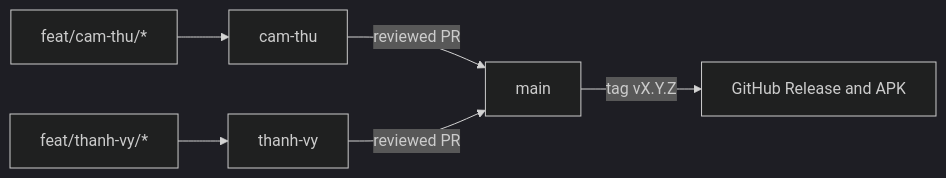
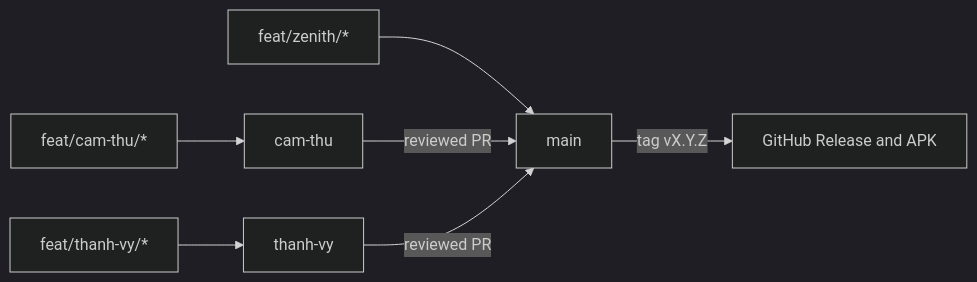
The diagram in docs/WORKFLOW.md (zenith-nguyen/Moto_care), drawn with Mermaid (dark theme) before and after one commit. The commit also changed other lines of this file and 3 other files, not shown here.

````diff
--- a/docs/WORKFLOW.md
+++ b/docs/WORKFLOW.md
@@ -7,8 +7,9 @@
 ```mermaid
 flowchart LR
   F1[feat/cam-thu/*] --> CT[cam-thu]
   F2[feat/thanh-vy/*] --> TV[thanh-vy]
+  F3[feat/zenith/*] --> M[main]
   CT -->|reviewed PR| M[main]
   TV -->|reviewed PR| M
   M -->|tag vX.Y.Z| R[GitHub Release and APK]
 ```
````
